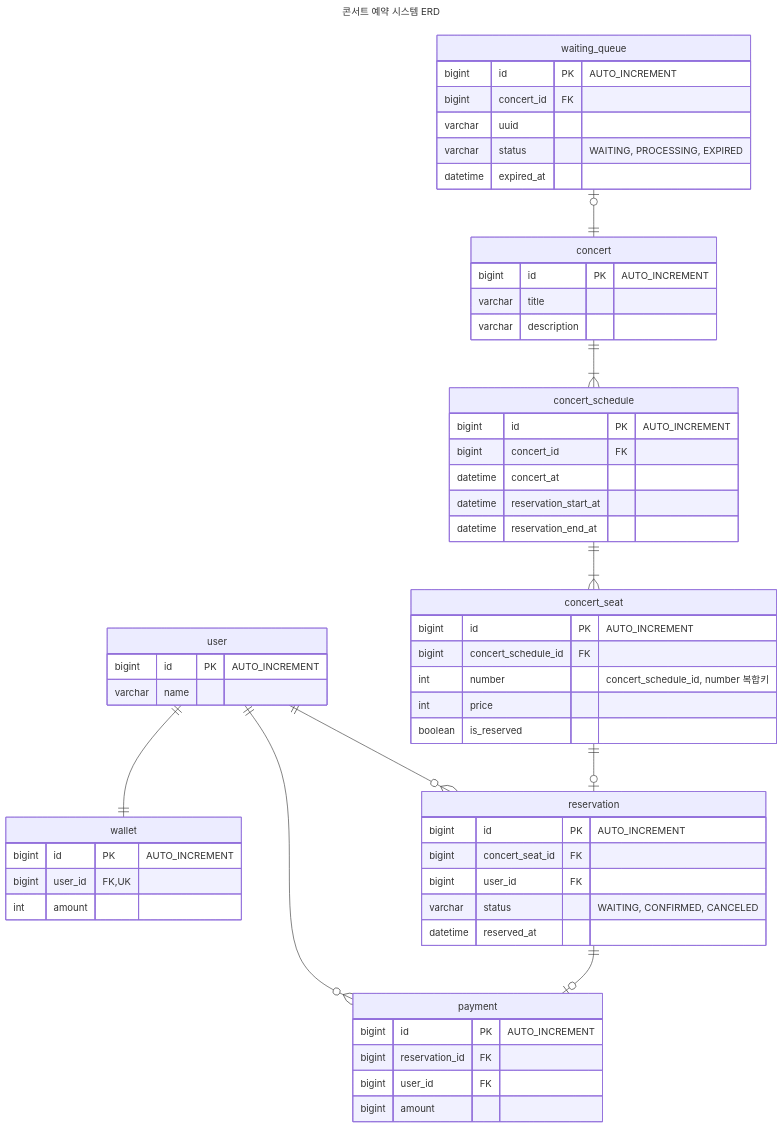
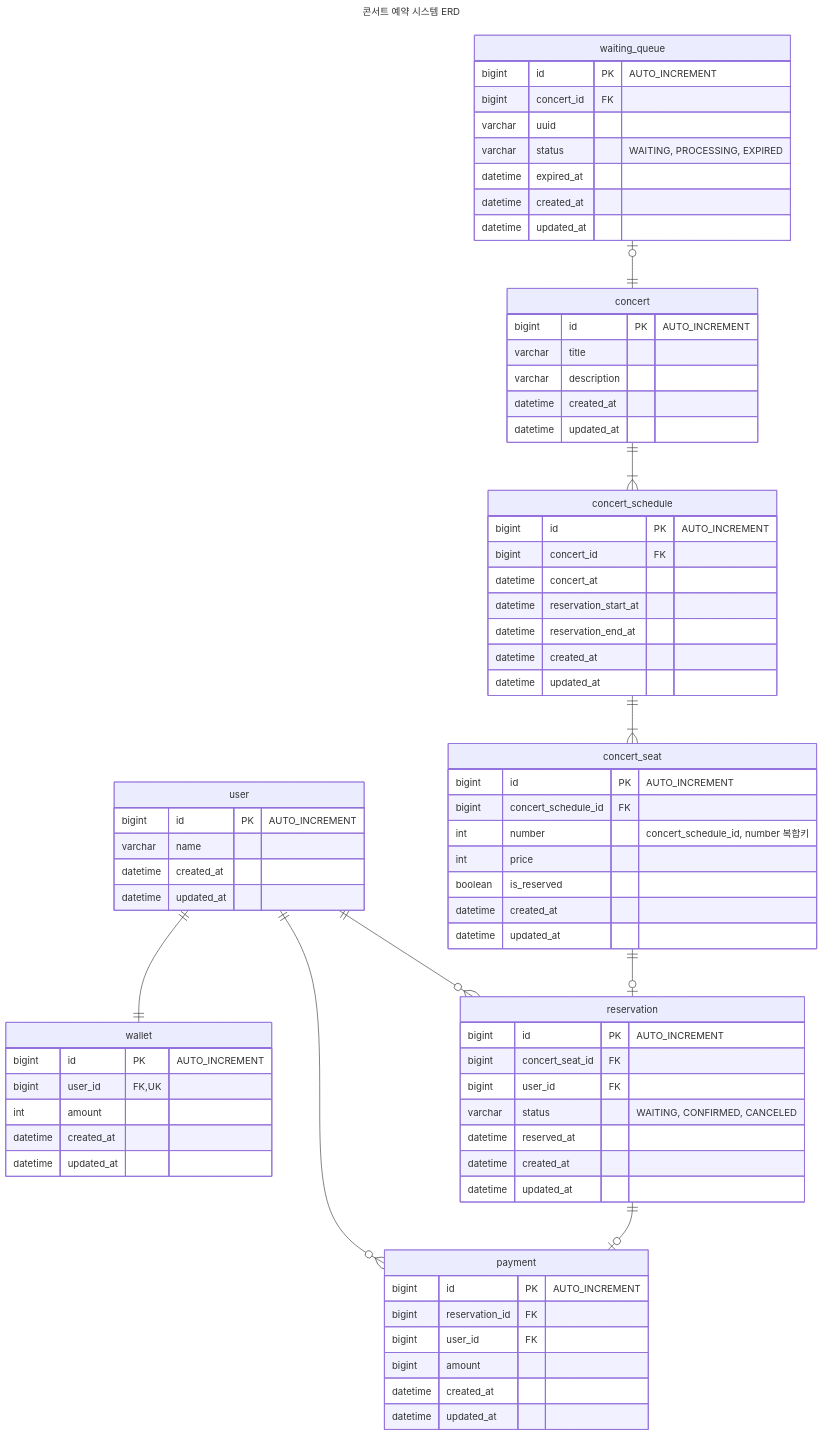
The diagram in docs/ERD.md (hhpb-code/hhplus-concert), drawn with Mermaid before and after one commit. The commit also changed 16 other files, not shown here.

```diff
--- a/docs/ERD.md
+++ b/docs/ERD.md
@@ -14,12 +14,16 @@
     user {
         bigint id PK "AUTO_INCREMENT"
         varchar name
+        datetime created_at
+        datetime updated_at
     }
 
     wallet {
         bigint id PK "AUTO_INCREMENT"
         bigint user_id FK, UK
         int amount
+        datetime created_at
+        datetime updated_at
     }
 
     waiting_queue {
@@ -28,12 +32,16 @@
         varchar uuid
         varchar status "WAITING, PROCESSING, EXPIRED"
         datetime expired_at
+        datetime created_at
+        datetime updated_at
     }
 
     concert {
         bigint id PK "AUTO_INCREMENT"
         varchar title
         varchar description
+        datetime created_at
+        datetime updated_at
     }
 
     concert_schedule {
@@ -42,6 +50,8 @@
         datetime concert_at
         datetime reservation_start_at
         datetime reservation_end_at
+        datetime created_at
+        datetime updated_at
     }
 
     concert_seat {
@@ -50,6 +60,8 @@
         int number "concert_schedule_id, number 복합키"
         int price
         boolean is_reserved
+        datetime created_at
+        datetime updated_at
     }
 
     reservation {
@@ -58,6 +70,8 @@
         bigint user_id FK
         varchar status "WAITING, CONFIRMED, CANCELED"
         datetime reserved_at
+        datetime created_at
+        datetime updated_at
     }
 
     payment {
@@ -65,6 +79,8 @@
         bigint reservation_id FK
         bigint user_id FK
         bigint amount
+        datetime created_at
+        datetime updated_at
     }
 
     user ||--|| wallet: ""
```
